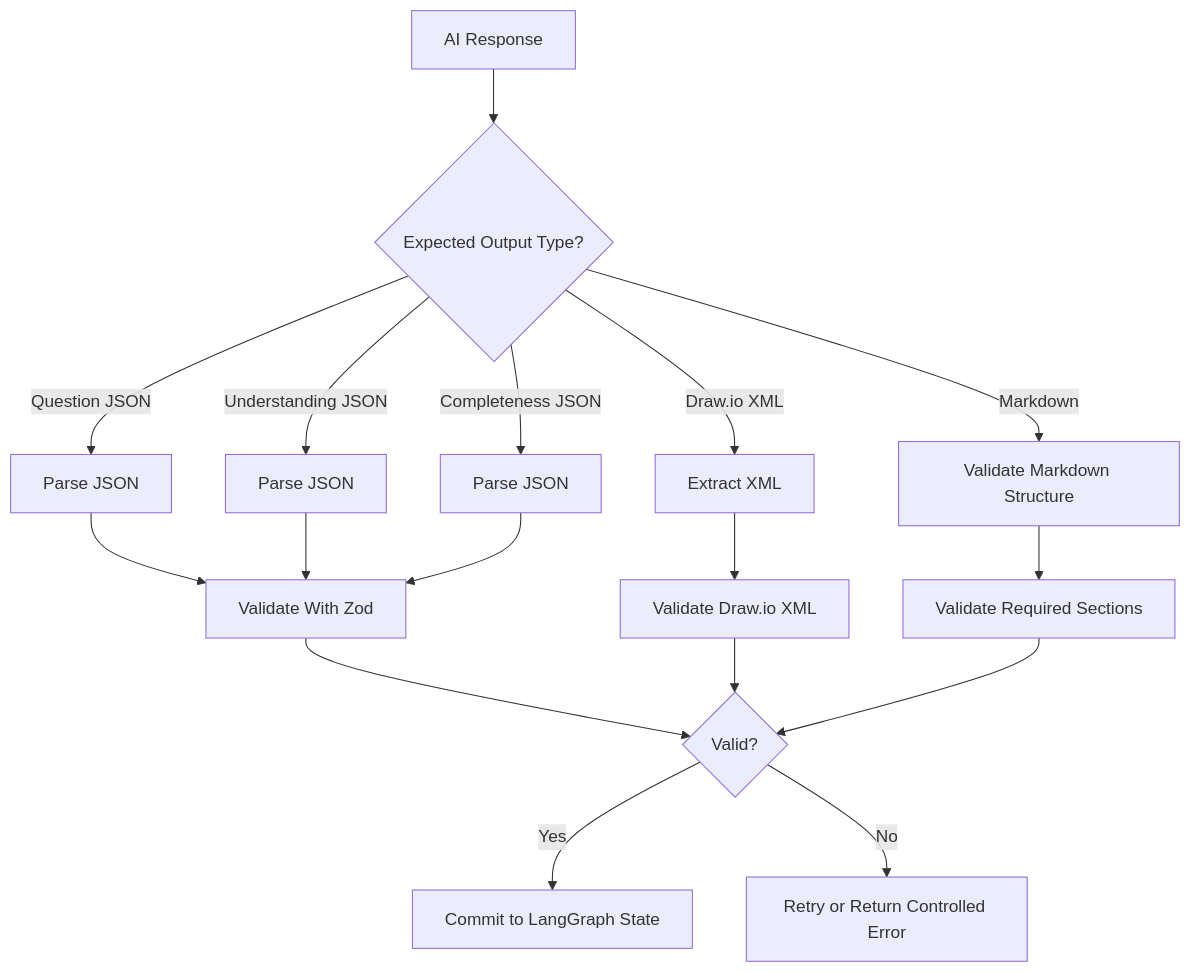
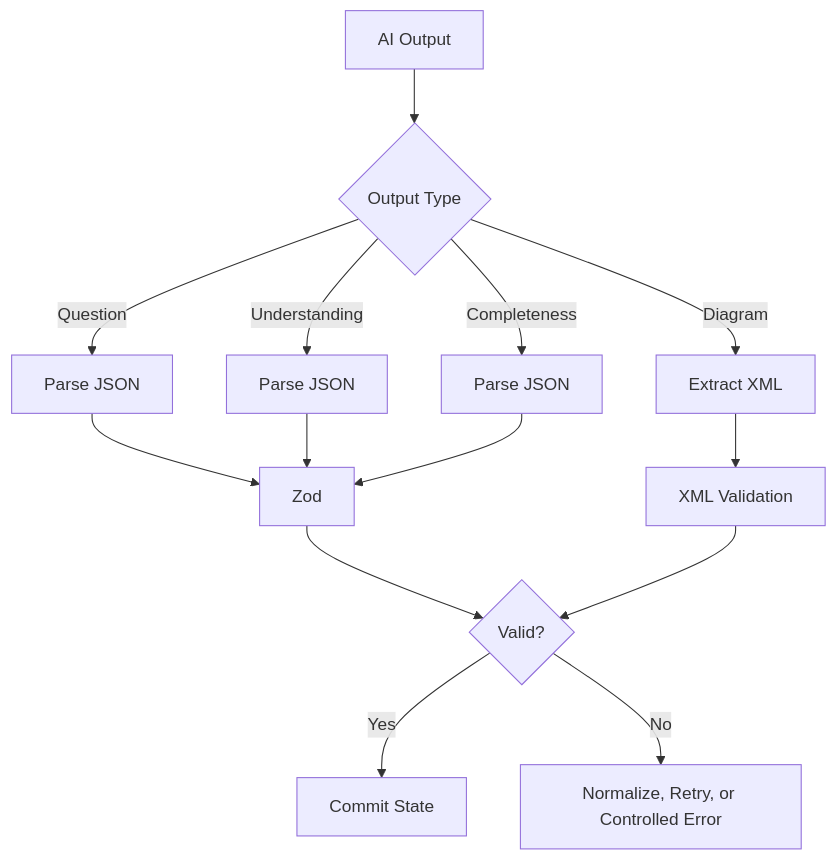
The fourth of 4 diagrams in Docs/system-design-detailed-plan.md (ProductMasterz/Mujarrad-Frontend), drawn with Mermaid before and after one commit. The commit also changed other lines of this file and 50 other files, not shown here.

````diff
--- a/Docs/system-design-detailed-plan.md
+++ b/Docs/system-design-detailed-plan.md
@@ -2454,22 +2637,20 @@
 ```mermaid
 flowchart TD
-    A[AI Response] --> B{Expected Output Type?}
-    B -->|Question JSON| C[Parse JSON]
-    B -->|Understanding JSON| D[Parse JSON]
-    B -->|Completeness JSON| E[Parse JSON]
-    B -->|Draw.io XML| F[Extract XML]
-    B -->|Markdown| G[Validate Markdown Structure]
+    A[AI Output] --> B{Output Type}
 
-    C --> H[Validate With Zod]
-    D --> H
-    E --> H
-    F --> I[Validate Draw.io XML]
-    G --> J[Validate Required Sections]
+    B -->|Question| C[Parse JSON]
+    B -->|Understanding| D[Parse JSON]
+    B -->|Completeness| E[Parse JSON]
+    B -->|Diagram| F[Extract XML]
 
-    H --> K{Valid?}
-    I --> K
-    J --> K
+    C --> G[Zod]
+    D --> G
+    E --> G
+    F --> H[XML Validation]
 
-    K -->|Yes| L[Commit to LangGraph State]
-    K -->|No| M[Retry or Return Controlled Error]
+    G --> I{Valid?}
+    H --> I
+
+    I -->|Yes| J[Commit State]
+    I -->|No| K[Normalize, Retry, or Controlled Error]
 ```
````
